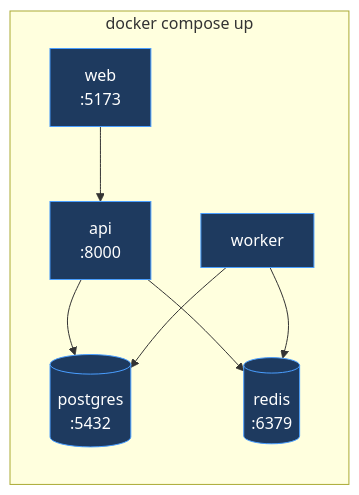
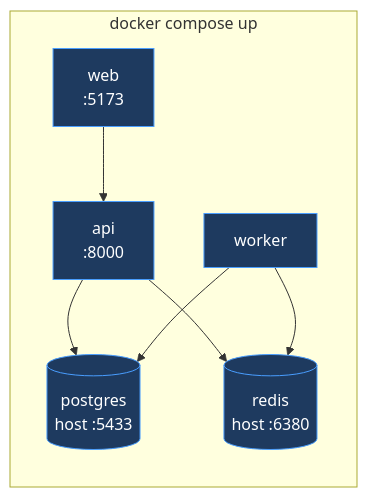
Before and after one commit to dharaneechinnu/ai-employee-platform: the fourth of 12 diagrams in docs/HLD.md, drawn with Mermaid. The commit also changed other lines of this file and 7 other files, not shown here.

````diff
--- a/docs/HLD.md
+++ b/docs/HLD.md
@@ -377,18 +315,18 @@
 ```mermaid
 graph LR
     subgraph dc["docker compose up"]
         W["web<br/>:5173"]
         A["api<br/>:8000"]
         K["worker"]
-        P[("postgres<br/>:5432")]
-        R[("redis<br/>:6379")]
+        P[("postgres<br/>host :5433")]
+        R[("redis<br/>host :6380")]
     end
     W --> A
     A --> P
     A --> R
     K --> R
     K --> P
 
     classDef s fill:#1e3a5f,stroke:#4a9eff,color:#fff
     class W,A,K,P,R s
 ```
````
